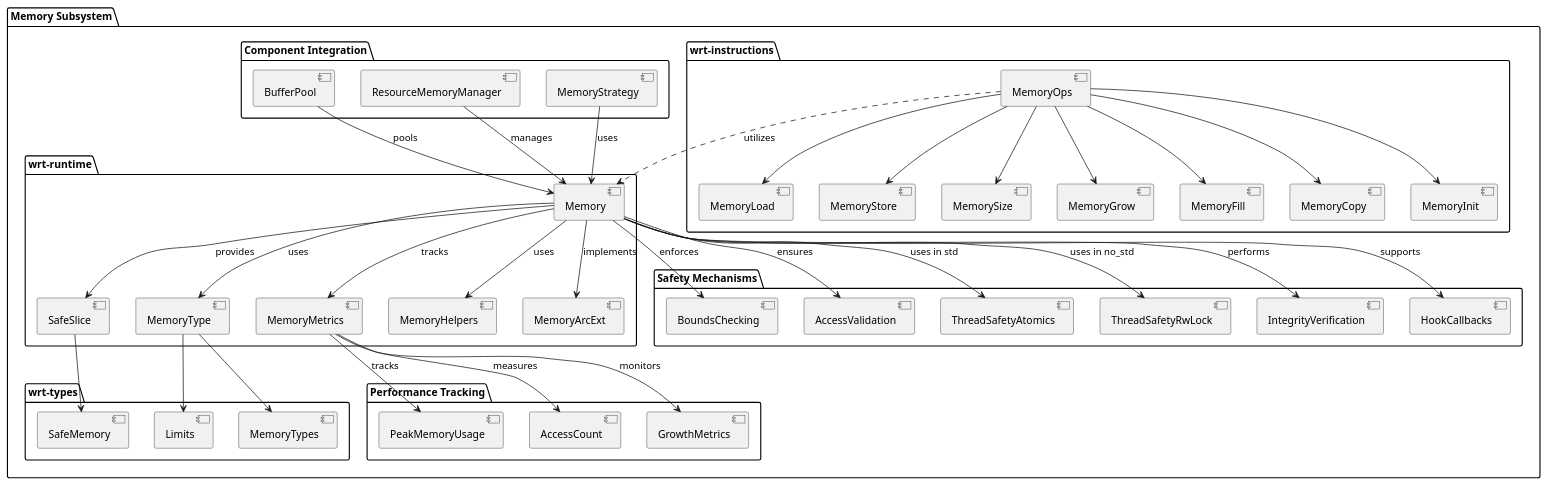
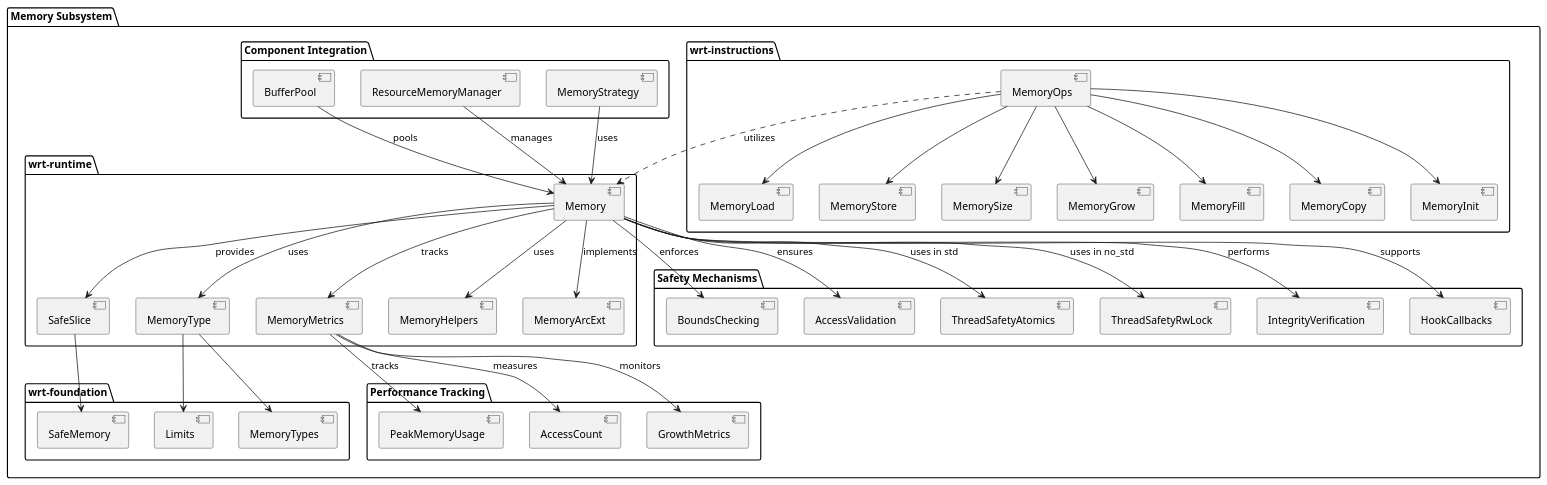
The diagram in docs/source/_static/memory_subsystem.puml (pulseengine/wrt), drawn with PlantUML before and after one commit. The commit also changed 16 other files, not shown here.

```diff
--- a/docs/source/_static/memory_subsystem.puml
+++ b/docs/source/_static/memory_subsystem.puml
@@ -1,87 +1,87 @@
 @startuml
 
 package "Memory Subsystem" {
   package "wrt-runtime" {
     [Memory] as Memory
     [SafeSlice] as SafeSlice
     [MemoryType] as MemType
     [MemoryMetrics] as MemMetrics
     [MemoryHelpers] as MemHelpers
     [MemoryArcExt] as MemArcExt
     
     Memory --> SafeSlice : provides
     Memory --> MemType : uses
     Memory --> MemMetrics : tracks
     Memory --> MemHelpers : uses
     Memory --> MemArcExt : implements
   }
   
-  package "wrt-types" {
+  package "wrt-foundation" {
     [Limits] as Limits
     [MemoryTypes] as MemTypes
     [SafeMemory] as SafeMem
     
     MemType --> Limits
     MemType --> MemTypes
     SafeSlice --> SafeMem
   }
   
   package "wrt-instructions" {
     [MemoryOps] as MemOps
     [MemoryLoad] as MemLoad
     [MemoryStore] as MemStore
     [MemorySize] as MemSize
     [MemoryGrow] as MemGrow
     [MemoryFill] as MemFill
     [MemoryCopy] as MemCopy
     [MemoryInit] as MemInit
     
     MemOps --> MemLoad
     MemOps --> MemStore
     MemOps --> MemSize
     MemOps --> MemGrow
     MemOps --> MemFill
     MemOps --> MemCopy
     MemOps --> MemInit
     
     MemOps -[dashed]-> Memory : utilizes
   }
   
   package "Safety Mechanisms" {
     [BoundsChecking] as BoundsCheck
     [AccessValidation] as AccessValid
     [ThreadSafetyAtomics] as TsAtomics
     [ThreadSafetyRwLock] as TsRwLock
     [IntegrityVerification] as IntVerify
     [HookCallbacks] as Hooks
     
     Memory --> BoundsCheck : enforces
     Memory --> AccessValid : ensures
     Memory --> TsAtomics : uses in std
     Memory --> TsRwLock : uses in no_std
     Memory --> IntVerify : performs
     Memory --> Hooks : supports
   }
   
   package "Component Integration" {
     [ResourceMemoryManager] as ResMem
     [MemoryStrategy] as MemStrategy
     [BufferPool] as BufferPool
     
     ResMem --> Memory : manages
     MemStrategy --> Memory : uses
     BufferPool --> Memory : pools
   }
   
   package "Performance Tracking" {
     [PeakMemoryUsage] as PeakUsage
     [AccessCount] as AccessCount
     [GrowthMetrics] as GrowthMetrics
     
     MemMetrics --> PeakUsage : tracks
     MemMetrics --> AccessCount : measures
     MemMetrics --> GrowthMetrics : monitors
   }
 }
 
 @enduml 
```
